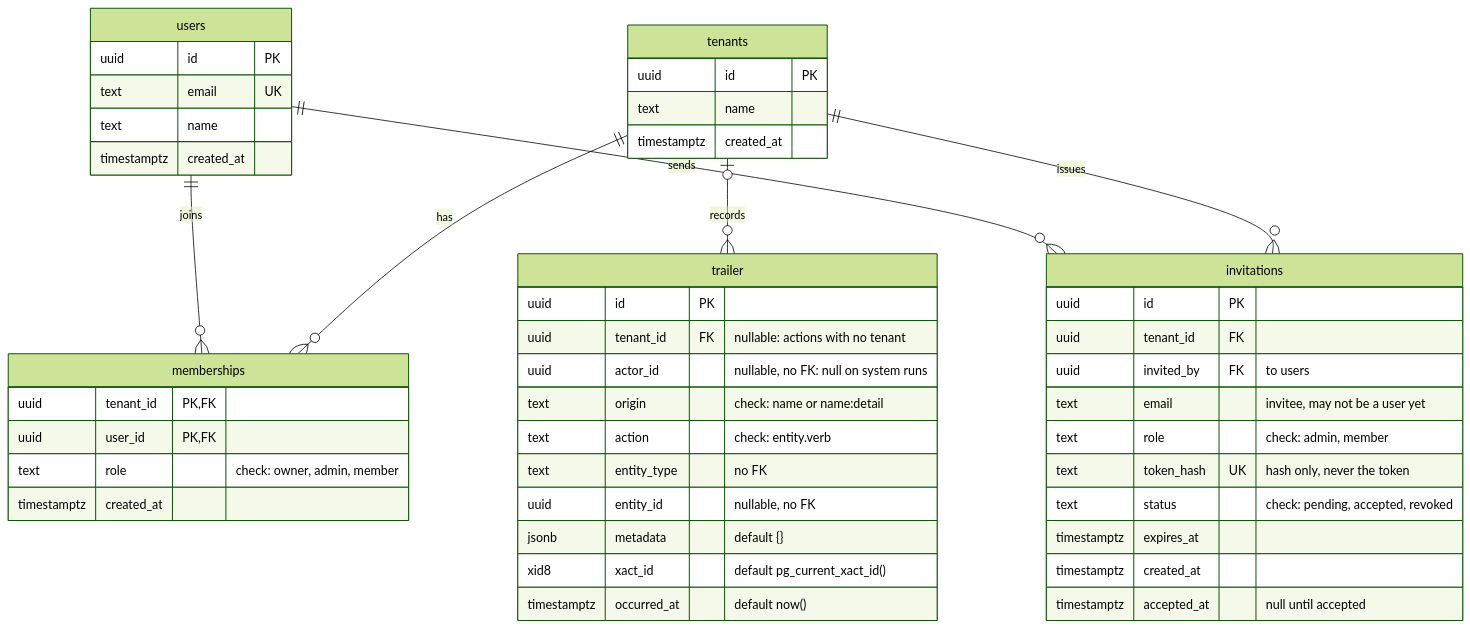
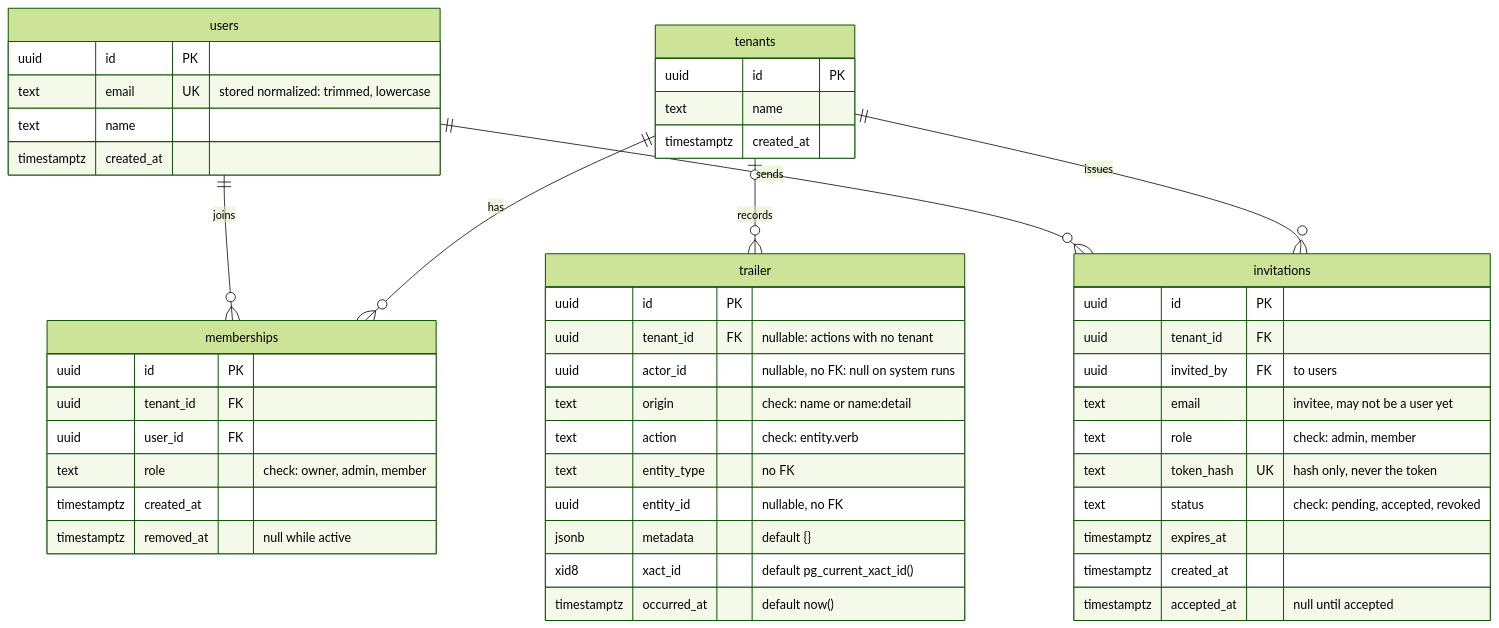
Before and after one commit to ronz204/poc-data-access: the second of 7 diagrams in drizzle/DIAGRAM.md, drawn with Mermaid (forest theme). The commit also changed other lines of this file, not shown here.

Commit message:
docs(db): sync data model diagram with specs

````diff
--- a/drizzle/DIAGRAM.md
+++ b/drizzle/DIAGRAM.md
@@ -102,49 +110,51 @@
 ```mermaid
 erDiagram
     tenants {
         uuid id PK
         text name
         timestamptz created_at
     }
     users {
         uuid id PK
-        text email UK
+        text email UK "stored normalized: trimmed, lowercase"
         text name
         timestamptz created_at
     }
     memberships {
-        uuid tenant_id PK, FK
-        uuid user_id PK, FK
+        uuid id PK
+        uuid tenant_id FK
+        uuid user_id FK
         text role "check: owner, admin, member"
         timestamptz created_at
+        timestamptz removed_at "null while active"
     }
     invitations {
         uuid id PK
         uuid tenant_id FK
         uuid invited_by FK "to users"
         text email "invitee, may not be a user yet"
         text role "check: admin, member"
         text token_hash UK "hash only, never the token"
         text status "check: pending, accepted, revoked"
         timestamptz expires_at
         timestamptz created_at
         timestamptz accepted_at "null until accepted"
     }
     trailer {
         uuid id PK
         uuid tenant_id FK "nullable: actions with no tenant"
         uuid actor_id "nullable, no FK: null on system runs"
         text origin "check: name or name:detail"
         text action "check: entity.verb"
         text entity_type "no FK"
         uuid entity_id "nullable, no FK"
         jsonb metadata "default {}"
         xid8 xact_id "default pg_current_xact_id()"
         timestamptz occurred_at "default now()"
     }
     tenants ||--o{ memberships : has
     users ||--o{ memberships : joins
     tenants ||--o{ invitations : issues
     users ||--o{ invitations : sends
     tenants |o--o{ trailer : records
 ```
````
